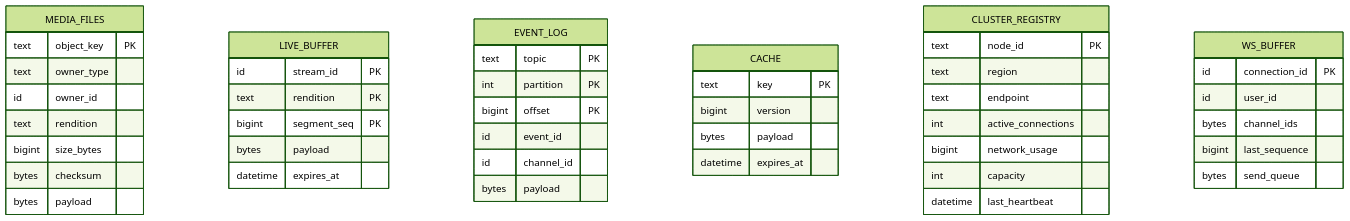
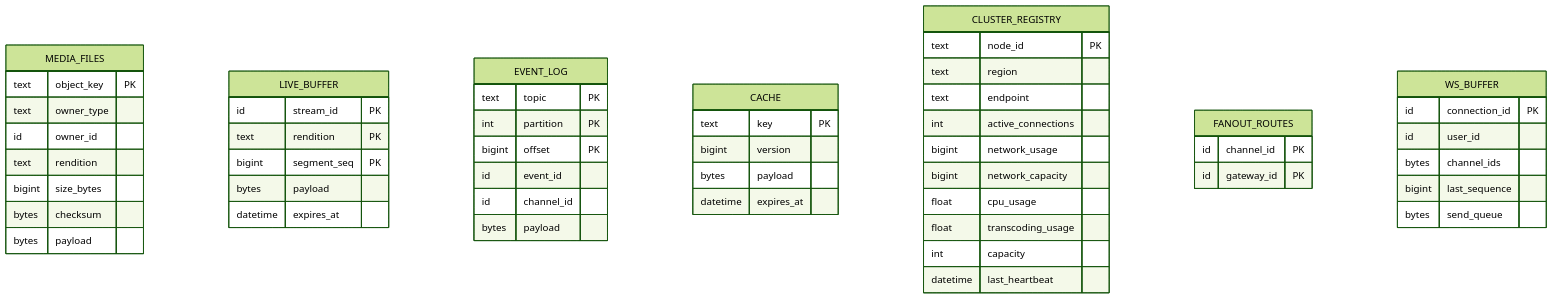
The third of 4 diagrams in README.md (Tim-arc/highload_2026_twitch), drawn with Mermaid (forest theme) before and after one commit. The commit also changed other lines of this file, not shown here.

````diff
--- a/README.md
+++ b/README.md
@@ -378,49 +440,56 @@
 ```mermaid
 erDiagram
     MEDIA_FILES {
         text object_key PK
         text owner_type
         id owner_id
         text rendition
         bigint size_bytes
         bytes checksum
         bytes payload
     }
     LIVE_BUFFER {
         id stream_id PK
         text rendition PK
         bigint segment_seq PK
         bytes payload
         datetime expires_at
     }
     EVENT_LOG {
         text topic PK
         int partition PK
         bigint offset PK
         id event_id
         id channel_id
         bytes payload
     }
     CACHE {
         text key PK
         bigint version
         bytes payload
         datetime expires_at
     }
     CLUSTER_REGISTRY {
         text node_id PK
         text region
         text endpoint
         int active_connections
         bigint network_usage
+        bigint network_capacity
+        float cpu_usage
+        float transcoding_usage
         int capacity
         datetime last_heartbeat
+    }
+    FANOUT_ROUTES {
+        id channel_id PK
+        id gateway_id PK
     }
     WS_BUFFER {
         id connection_id PK
         id user_id
         bytes channel_ids
         bigint last_sequence
         bytes send_queue
     }
 ```
````
